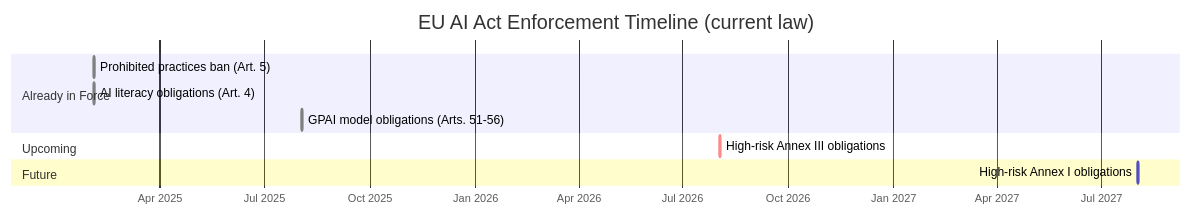
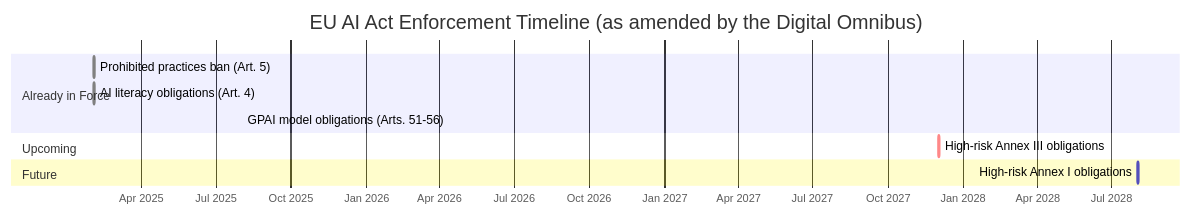
Before and after one commit to lexbeam-software/eu-ai-governance-plugin: the second of 2 diagrams in README.md, drawn with Mermaid. The commit also changed other lines of this file and 5 other files, not shown here.

````diff
--- a/README.md
+++ b/README.md
@@ -80,17 +80,17 @@
 ```mermaid
 gantt
-    title EU AI Act Enforcement Timeline (current law)
+    title EU AI Act Enforcement Timeline (as amended by the Digital Omnibus)
     dateFormat YYYY-MM-DD
     axisFormat %b %Y
 
     section Already in Force
     Prohibited practices ban (Art. 5)           :done, 2025-02-02, 1d
     AI literacy obligations (Art. 4)            :done, 2025-02-02, 1d
     GPAI model obligations (Arts. 51-56)        :done, 2025-08-02, 1d
 
     section Upcoming
-    High-risk Annex III obligations              :crit, 2026-08-02, 1d
+    High-risk Annex III obligations              :crit, 2027-12-02, 1d
 
     section Future
-    High-risk Annex I obligations                :2027-08-02, 1d
+    High-risk Annex I obligations                :2028-08-02, 1d
 ```
````
